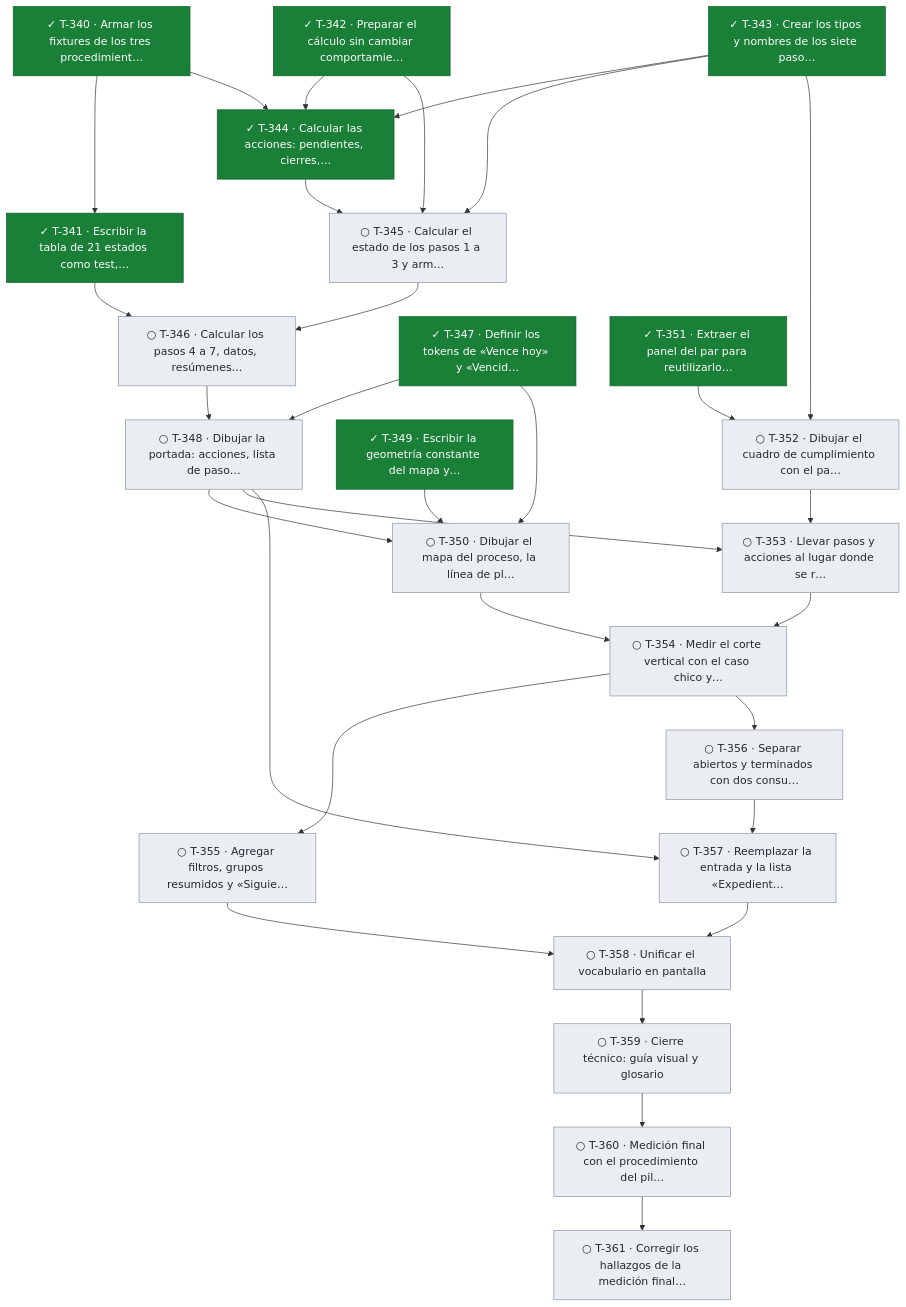
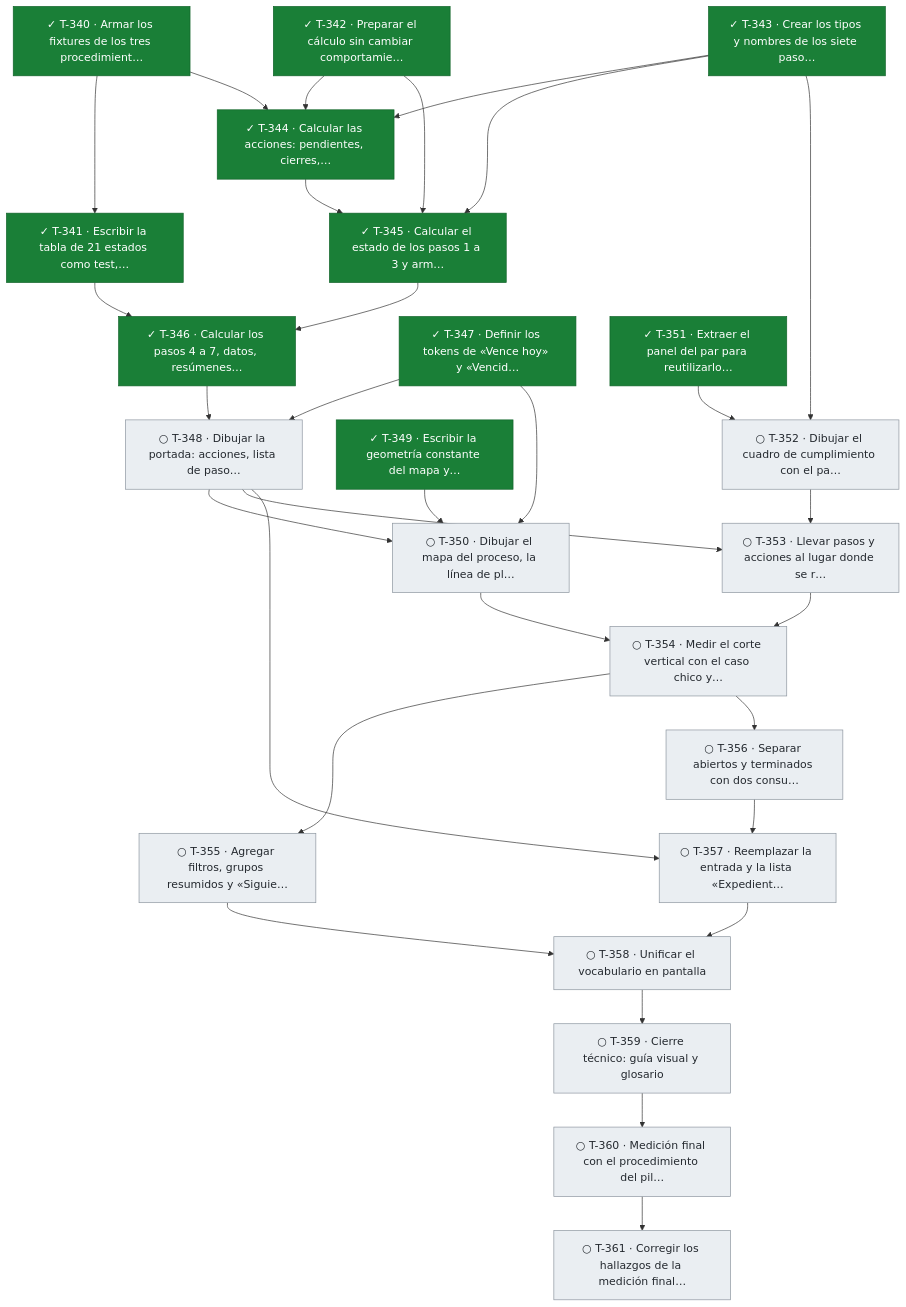
Before and after one commit to snavello/EVALUON: diagram 25 of 25 in docs/tablero.md, drawn with Mermaid. The commit also changed other lines of this file and 1 other file, not shown here.

Commit message:
gestión: T-346 terminada (pasos 4 a 7: 21 de 21 estados), avisos y tablero

````diff
--- a/docs/tablero.md
+++ b/docs/tablero.md
@@ -1922,59 +1922,59 @@
 ```mermaid
 flowchart TD
   T340["✓ T-340 · Armar los fixtures de los tres procedimient…"]:::done
   T341["✓ T-341 · Escribir la tabla de 21 estados como test,…"]:::done
   T342["✓ T-342 · Preparar el cálculo sin cambiar comportamie…"]:::done
   T343["✓ T-343 · Crear los tipos y nombres de los siete paso…"]:::done
   T344["✓ T-344 · Calcular las acciones: pendientes, cierres,…"]:::done
-  T345["○ T-345 · Calcular el estado de los pasos 1 a 3 y arm…"]:::todo
-  T346["○ T-346 · Calcular los pasos 4 a 7, datos, resúmenes…"]:::todo
+  T345["✓ T-345 · Calcular el estado de los pasos 1 a 3 y arm…"]:::done
+  T346["✓ T-346 · Calcular los pasos 4 a 7, datos, resúmenes…"]:::done
   T347["✓ T-347 · Definir los tokens de «Vence hoy» y «Vencid…"]:::done
   T348["○ T-348 · Dibujar la portada: acciones, lista de paso…"]:::todo
   T349["✓ T-349 · Escribir la geometría constante del mapa y…"]:::done
   T350["○ T-350 · Dibujar el mapa del proceso, la línea de pl…"]:::todo
   T351["✓ T-351 · Extraer el panel del par para reutilizarlo…"]:::done
   T352["○ T-352 · Dibujar el cuadro de cumplimiento con el pa…"]:::todo
   T353["○ T-353 · Llevar pasos y acciones al lugar donde se r…"]:::todo
   T354["○ T-354 · Medir el corte vertical con el caso chico y…"]:::todo
   T355["○ T-355 · Agregar filtros, grupos resumidos y «Siguie…"]:::todo
   T356["○ T-356 · Separar abiertos y terminados con dos consu…"]:::todo
   T357["○ T-357 · Reemplazar la entrada y la lista «Expedient…"]:::todo
   T358["○ T-358 · Unificar el vocabulario en pantalla"]:::todo
   T359["○ T-359 · Cierre técnico: guía visual y glosario"]:::todo
   T360["○ T-360 · Medición final con el procedimiento del pil…"]:::todo
   T361["○ T-361 · Corregir los hallazgos de la medición final…"]:::todo
   T340 --> T341
   T340 --> T344
   T342 --> T344
   T343 --> T344
   T342 --> T345
   T343 --> T345
   T344 --> T345
   T341 --> T346
   T345 --> T346
   T346 --> T348
   T347 --> T348
   T347 --> T350
   T348 --> T350
   T349 --> T350
   T343 --> T352
   T351 --> T352
   T348 --> T353
   T352 --> T353
   T350 --> T354
   T353 --> T354
   T354 --> T355
   T354 --> T356
   T348 --> T357
   T356 --> T357
   T355 --> T358
   T357 --> T358
   T358 --> T359
   T359 --> T360
   T360 --> T361
   classDef done fill:#1a7f37,stroke:#116329,color:#ffffff
   classDef review fill:#0969da,stroke:#0550ae,color:#ffffff
   classDef active fill:#bf8700,stroke:#7d4e00,color:#ffffff
   classDef blocked fill:#cf222e,stroke:#a40e26,color:#ffffff
   classDef todo fill:#eaeef2,stroke:#8c959f,color:#24292f
 ```
````
